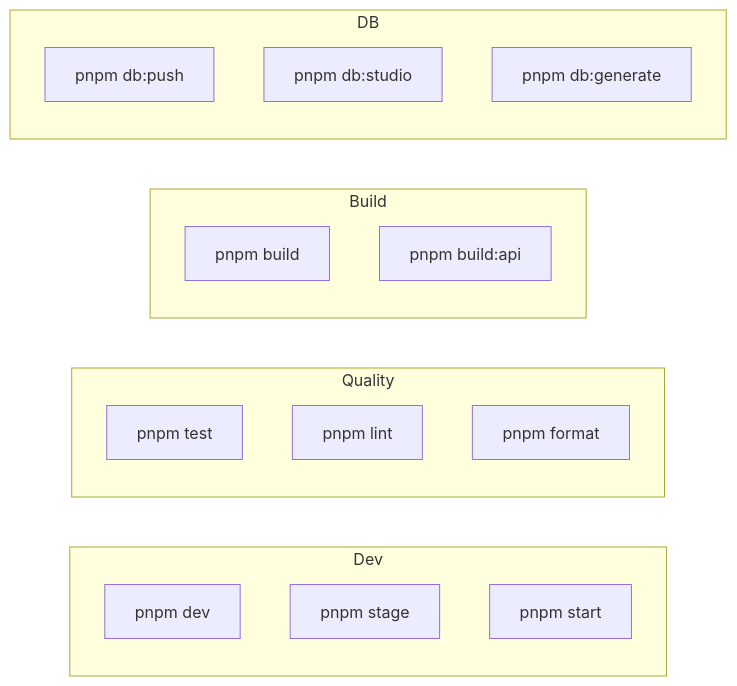
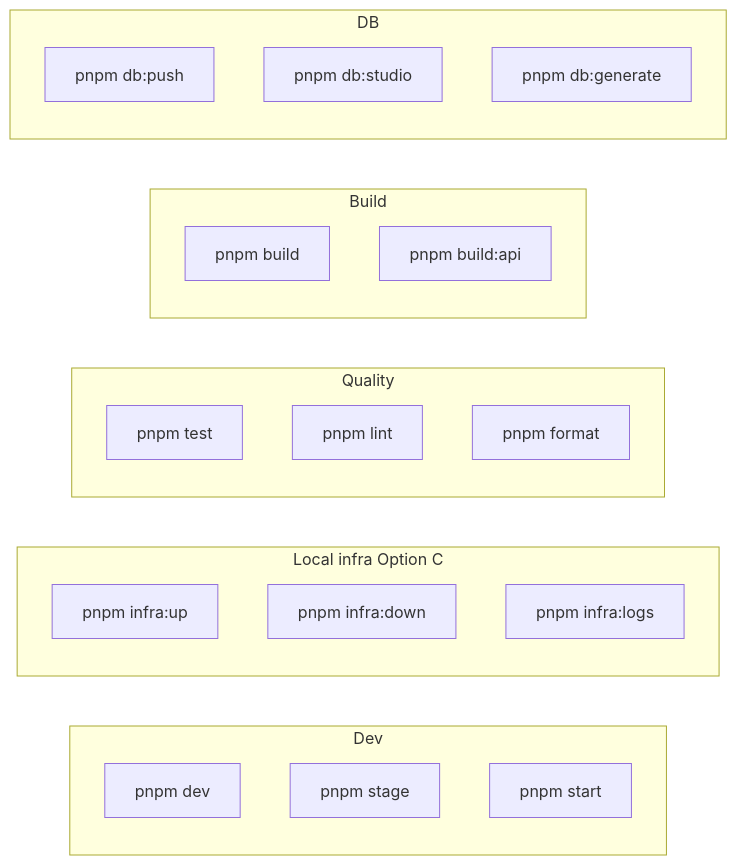
One commit to Khalil-Bchir/full-stack-saas-boilerplate changed the second of 4 diagrams in doc/setup/development.md. Above: the diagram before and after it, drawn with Mermaid. The commit also changed other lines of this file and 91 other files, not shown here.

````diff
--- a/doc/setup/development.md
+++ b/doc/setup/development.md
@@ -27,25 +27,31 @@
 ```mermaid
 flowchart LR
     subgraph Dev
         D1[pnpm dev]
         D2[pnpm stage]
         D3[pnpm start]
+    end
+
+    subgraph Infra["Local infra Option C"]
+        I1[pnpm infra:up]
+        I2[pnpm infra:down]
+        I3[pnpm infra:logs]
     end
 
     subgraph Quality
         Q1[pnpm test]
         Q2[pnpm lint]
         Q3[pnpm format]
     end
 
     subgraph Build
         B1[pnpm build]
         B2[pnpm build:api]
     end
 
     subgraph DB
         DB1[pnpm db:push]
         DB2[pnpm db:studio]
         DB3[pnpm db:generate]
     end
 ```
````
